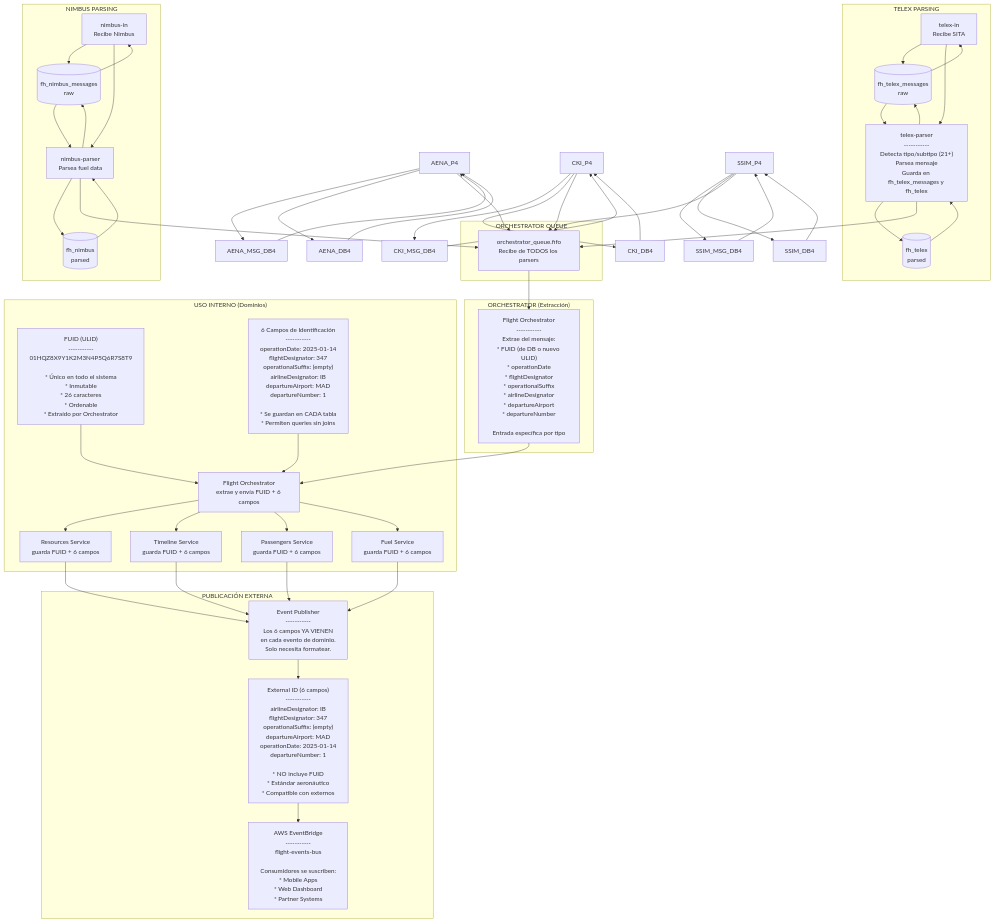
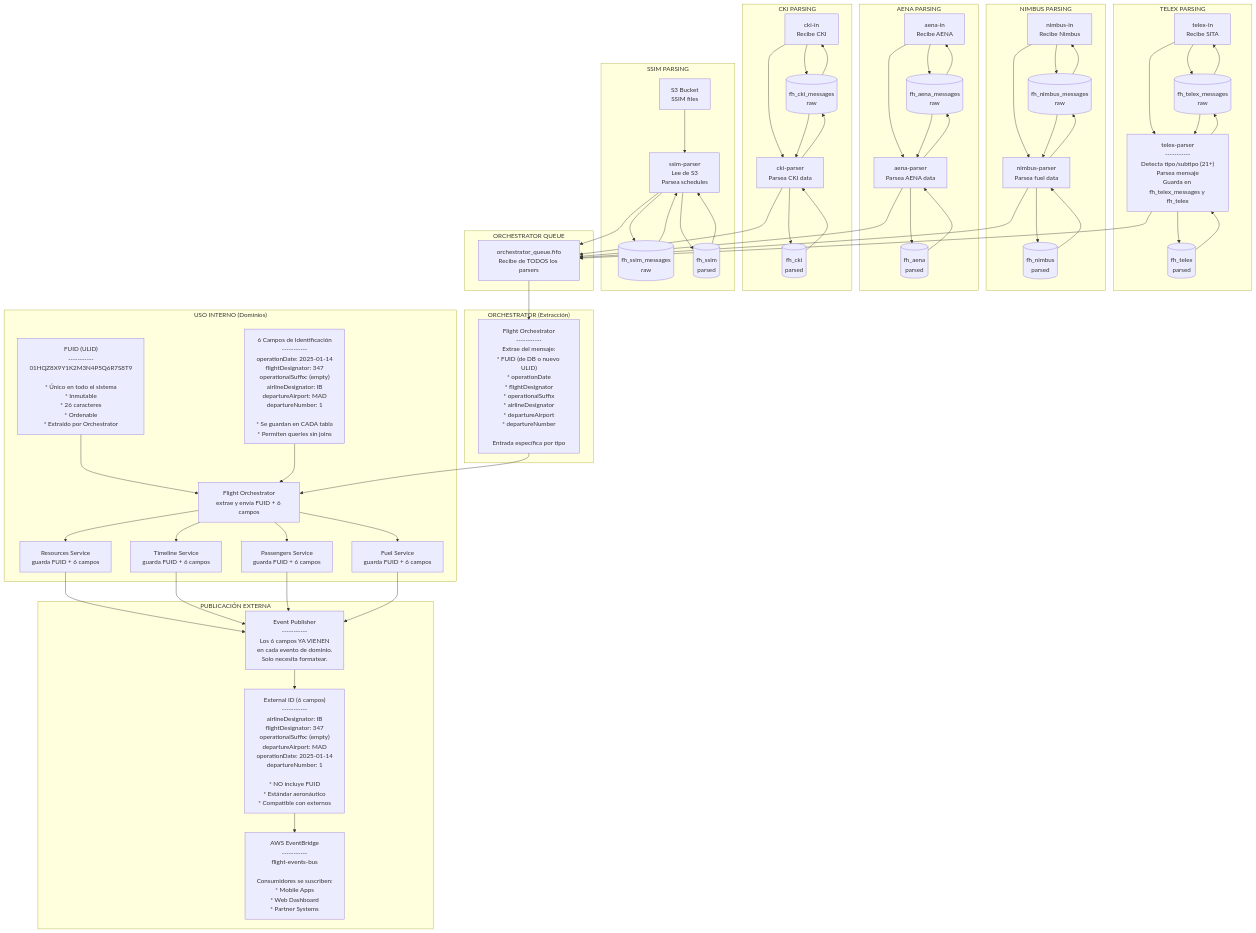
The third of 6 diagrams in DIAGRAMAS-SIMPLIFICADOS.md (babel-ibeilic/propuesta-arhitectura-flighthub), drawn with Mermaid before and after one commit. The commit also changed other lines of this file, not shown here.

```diff
--- a/DIAGRAMAS-SIMPLIFICADOS.md
+++ b/DIAGRAMAS-SIMPLIFICADOS.md
@@ -388,6 +388,27 @@
         NPARSER4["nimbus-parser<br/>Parsea fuel data"]
         NIMBUS_MSG_DB4[("fh_nimbus_messages<br/>raw")]
         NIMBUS_DB4[("fh_nimbus<br/>parsed")]
+    end
+
+    subgraph AENAParsing4["AENA PARSING"]
+        AIN4["aena-in<br/>Recibe AENA"]
+        AENA_P4["aena-parser<br/>Parsea AENA data"]
+        AENA_MSG_DB4[("fh_aena_messages<br/>raw")]
+        AENA_DB4[("fh_aena<br/>parsed")]
+    end
+
+    subgraph CKIParsing4["CKI PARSING"]
+        CIN4["cki-in<br/>Recibe CKI"]
+        CKI_P4["cki-parser<br/>Parsea CKI data"]
+        CKI_MSG_DB4[("fh_cki_messages<br/>raw")]
+        CKI_DB4[("fh_cki<br/>parsed")]
+    end
+
+    subgraph SSIMParsing4["SSIM PARSING"]
+        SSIM_S3_4["S3 Bucket<br/>SSIM files"]
+        SSIM_P4["ssim-parser<br/>Lee de S3<br/>Parsea schedules"]
+        SSIM_MSG_DB4[("fh_ssim_messages<br/>raw")]
+        SSIM_DB4[("fh_ssim<br/>parsed")]
     end
 
     subgraph OrchQueue4["ORCHESTRATOR QUEUE"]
@@ -443,16 +464,23 @@
     NPARSER4 --> NIMBUS_DB4
     NIMBUS_DB4 --> NPARSER4
 
+    AIN4 --> AENA_MSG_DB4
+    AENA_MSG_DB4 --> AIN4
+    AIN4 --> AENA_P4
     AENA_P4 --> AENA_MSG_DB4
     AENA_MSG_DB4 --> AENA_P4
     AENA_P4 --> AENA_DB4
     AENA_DB4 --> AENA_P4
 
+    CIN4 --> CKI_MSG_DB4
+    CKI_MSG_DB4 --> CIN4
+    CIN4 --> CKI_P4
     CKI_P4 --> CKI_MSG_DB4
     CKI_MSG_DB4 --> CKI_P4
     CKI_P4 --> CKI_DB4
     CKI_DB4 --> CKI_P4
 
+    SSIM_S3_4 --> SSIM_P4
     SSIM_P4 --> SSIM_MSG_DB4
     SSIM_MSG_DB4 --> SSIM_P4
     SSIM_P4 --> SSIM_DB4
```
